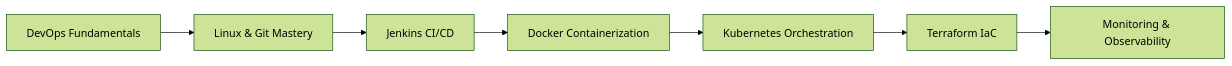
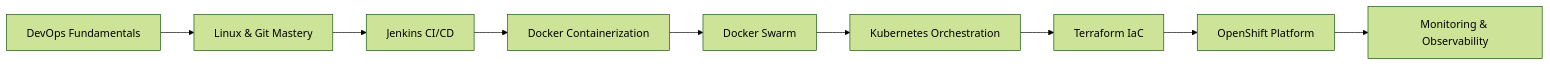
Before and after one commit to manikcloud/cloud-devops-learning-path: the diagram in Section-2-DevOps/README.md, drawn with Mermaid (forest theme). The commit also changed other lines of this file, not shown here.

````diff
--- a/Section-2-DevOps/README.md
+++ b/Section-2-DevOps/README.md
@@ -44,9 +44,11 @@
 ```mermaid
 graph LR
     A[DevOps Fundamentals] --> B[Linux & Git Mastery]
     B --> C[Jenkins CI/CD]
     C --> D[Docker Containerization]
-    D --> E[Kubernetes Orchestration]
-    E --> F[Terraform IaC]
-    F --> G[Monitoring & Observability]
+    D --> E[Docker Swarm]
+    E --> F[Kubernetes Orchestration]
+    F --> G[Terraform IaC]
+    G --> H[OpenShift Platform]
+    H --> I[Monitoring & Observability]
 ```
````
